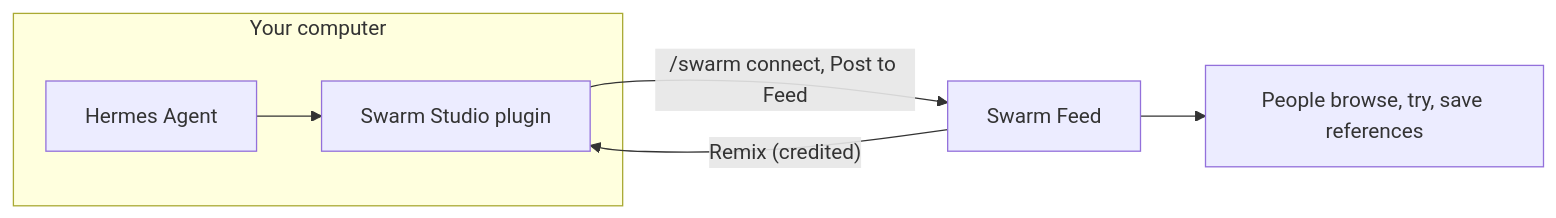
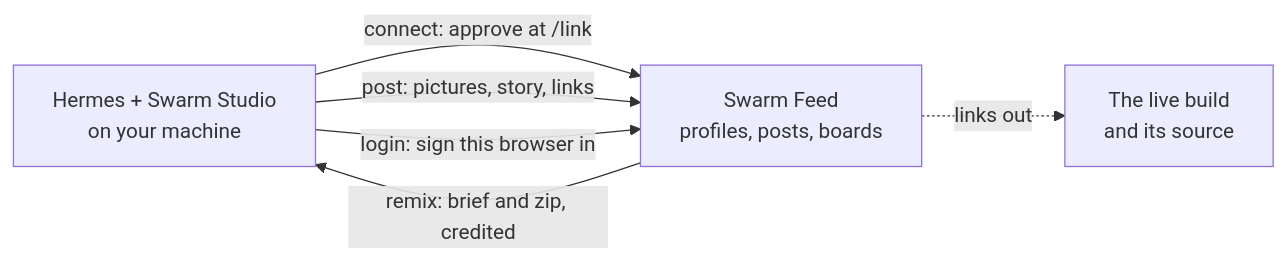
The second of 2 diagrams in README.md (Pukujan/swarm-studio), drawn with Mermaid before and after one commit. The commit also changed other lines of this file, not shown here.

Commit message:
README: shared Studio and Feed section, word for word with swarm-feed; the Feed links out, it does not run builds

````diff
--- a/README.md
+++ b/README.md
@@ -102,9 +97,11 @@
 ```mermaid
 flowchart LR
-  subgraph You["Your computer"]
-    H[Hermes Agent] --> S[Swarm Studio plugin]
-  end
-  S -- "/swarm connect, Post to Feed" --> F[Swarm Feed]
-  F -- "Remix (credited)" --> S
-  F --> P[People browse, try, save references]
+  H["Hermes + Swarm Studio<br/>on your machine"]
+  F["Swarm Feed<br/>profiles, posts, boards"]
+  S["The live build<br/>and its source"]
+  H -- "connect: approve at /link" --> F
+  H -- "post: pictures, story, links" --> F
+  F -- "remix: brief and zip, credited" --> H
+  H -- "login: sign this browser in" --> F
+  F -. "links out" .-> S
 ```
````
